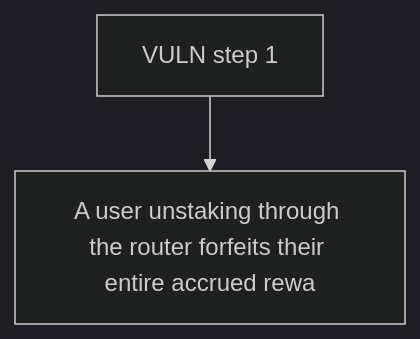
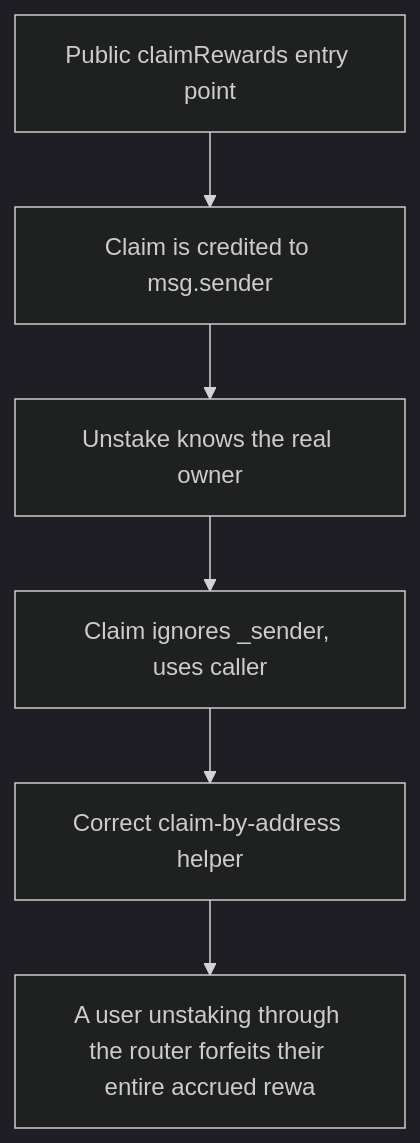
The diagram in 63683-c-01-incorrect-reward-calculation-pashov-audit-group-none-hy_exp/63683-c-01-incorrect-reward-calculation-pashov-audit-group-none-hy_exp.md (sanbir/evm-hack-registry), drawn with Mermaid (dark theme) before and after one commit. The commit also changed other lines of this file and 79 other files, not shown here.

````diff
--- a/63683-c-01-incorrect-reward-calculation-pashov-audit-group-none-hy_exp/63683-c-01-incorrect-reward-calculation-pashov-audit-group-none-hy_exp.md
+++ b/63683-c-01-incorrect-reward-calculation-pashov-audit-group-none-hy_exp/63683-c-01-incorrect-reward-calculation-pashov-audit-group-none-hy_exp.md
@@ -28,6 +28,14 @@
 ```mermaid
 flowchart TD
-  S0["VULN step 1"]
+  S0["Public claimRewards entry point"]
+  S1["Claim is credited to msg.sender"]
+  S2["Unstake knows the real owner"]
+  S3["Claim ignores _sender, uses caller"]
+  S4["Correct claim-by-address helper"]
   H["A user unstaking through the router forfeits their entire accrued rewa"]
-  S0 --> H
+  S0 --> S1
+  S1 --> S2
+  S2 --> S3
+  S3 --> S4
+  S4 --> H
 ```
````
